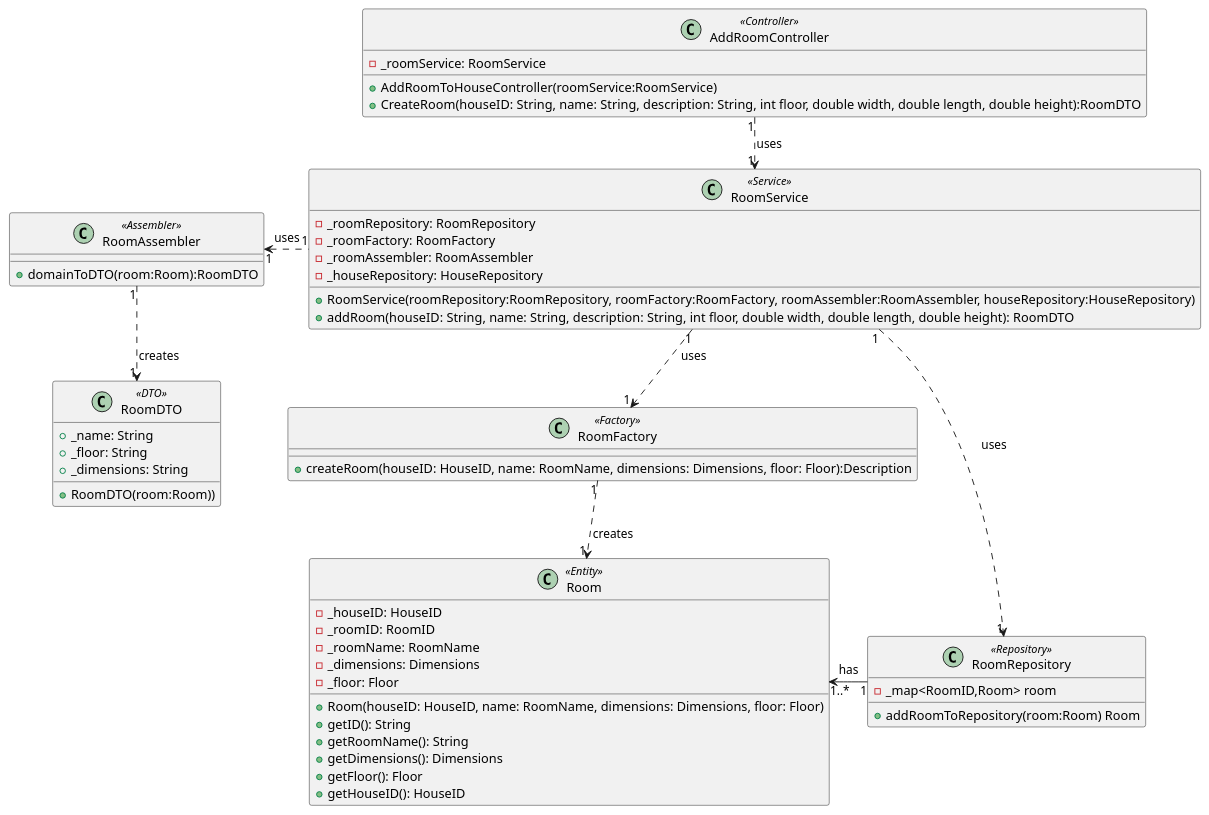
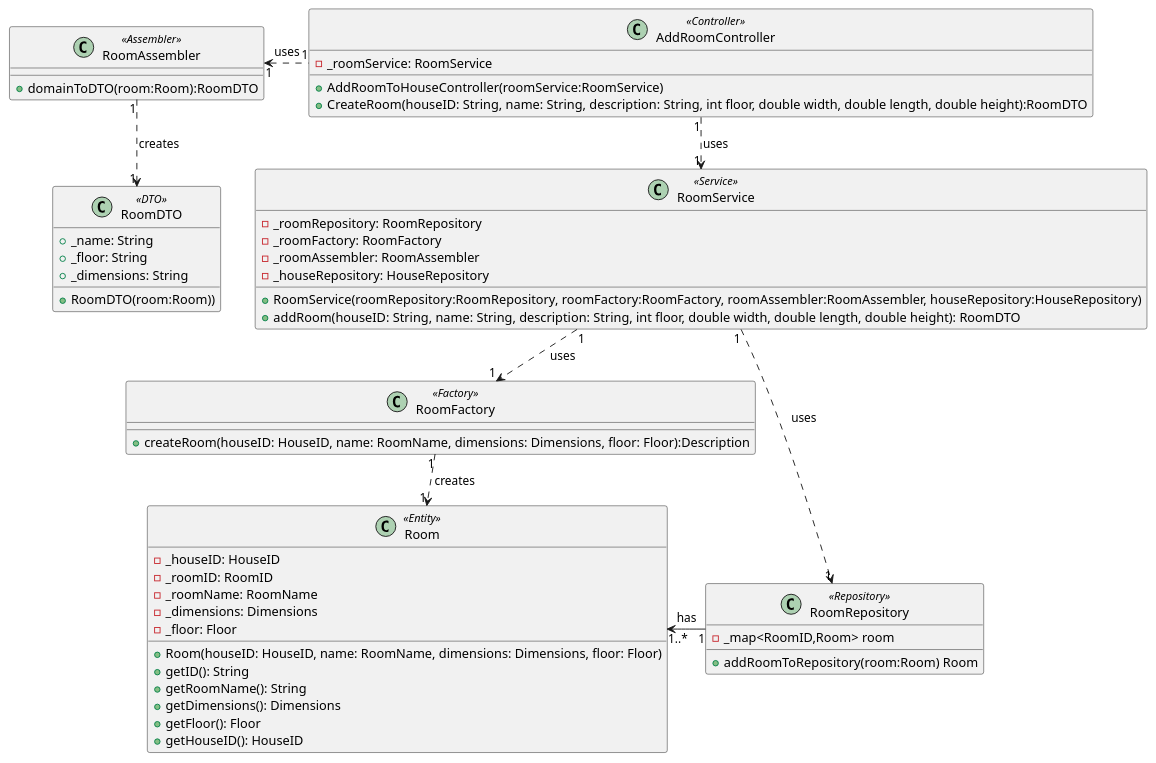
One commit to olivDiogo/SmartHome changed the diagram in docs/userStories/us02/artifacts/US02CD.puml. Above: the diagram before and after it, drawn with PlantUML. The commit also changed 2 other files, not shown here.

```diff
--- a/docs/userStories/us02/artifacts/US02CD.puml
+++ b/docs/userStories/us02/artifacts/US02CD.puml
@@ -1,63 +1,63 @@
 @startuml
 !pragma layout smetana
 
 class AddRoomController<<Controller>> {
 - _roomService: RoomService
 +AddRoomToHouseController(roomService:RoomService)
 +CreateRoom(houseID: String, name: String, description: String, int floor, double width, double length, double height):RoomDTO
 }
 
 class RoomService <<Service>>{
 - _roomRepository: RoomRepository
 - _roomFactory: RoomFactory
 - _roomAssembler: RoomAssembler
 - _houseRepository: HouseRepository
 +RoomService(roomRepository:RoomRepository, roomFactory:RoomFactory, roomAssembler:RoomAssembler, houseRepository:HouseRepository)
 +addRoom(houseID: String, name: String, description: String, int floor, double width, double length, double height): RoomDTO
 }
 
 class RoomRepository <<Repository>>{
 - _map<RoomID,Room> room
 +addRoomToRepository(room:Room) Room
 }
 
 class RoomFactory <<Factory>>{
 +createRoom(houseID: HouseID, name: RoomName, dimensions: Dimensions, floor: Floor):Description
 }
 
 class RoomAssembler <<Assembler>>{
 +domainToDTO(room:Room):RoomDTO
 }
 
 class RoomDTO <<DTO>>{
 + _name: String
 + _floor: String
 + _dimensions: String
 +RoomDTO(room:Room))
 }
 
 class Room <<Entity>>{
 - _houseID: HouseID
 - _roomID: RoomID
 - _roomName: RoomName
 - _dimensions: Dimensions
 - _floor: Floor
 +Room(houseID: HouseID, name: RoomName, dimensions: Dimensions, floor: Floor)
 +getID(): String
 +getRoomName(): String
 +getDimensions(): Dimensions
 +getFloor(): Floor
 +getHouseID(): HouseID
 }
 
 
 AddRoomController "1" .down.> "1" RoomService: uses
 RoomService "1" .down.> "1" RoomFactory: uses
 RoomService "1" .right.> "1" RoomRepository: uses
 RoomRepository "1" -left-> "1..*" Room: has
-RoomService "1" .left.> "1" RoomAssembler: uses
+AddRoomController "1" .left.> "1" RoomAssembler: uses
 RoomAssembler "1" .down.> "1" RoomDTO: creates
 RoomFactory "1" .down.> "1" Room: creates
 
 
 @enduml
```
